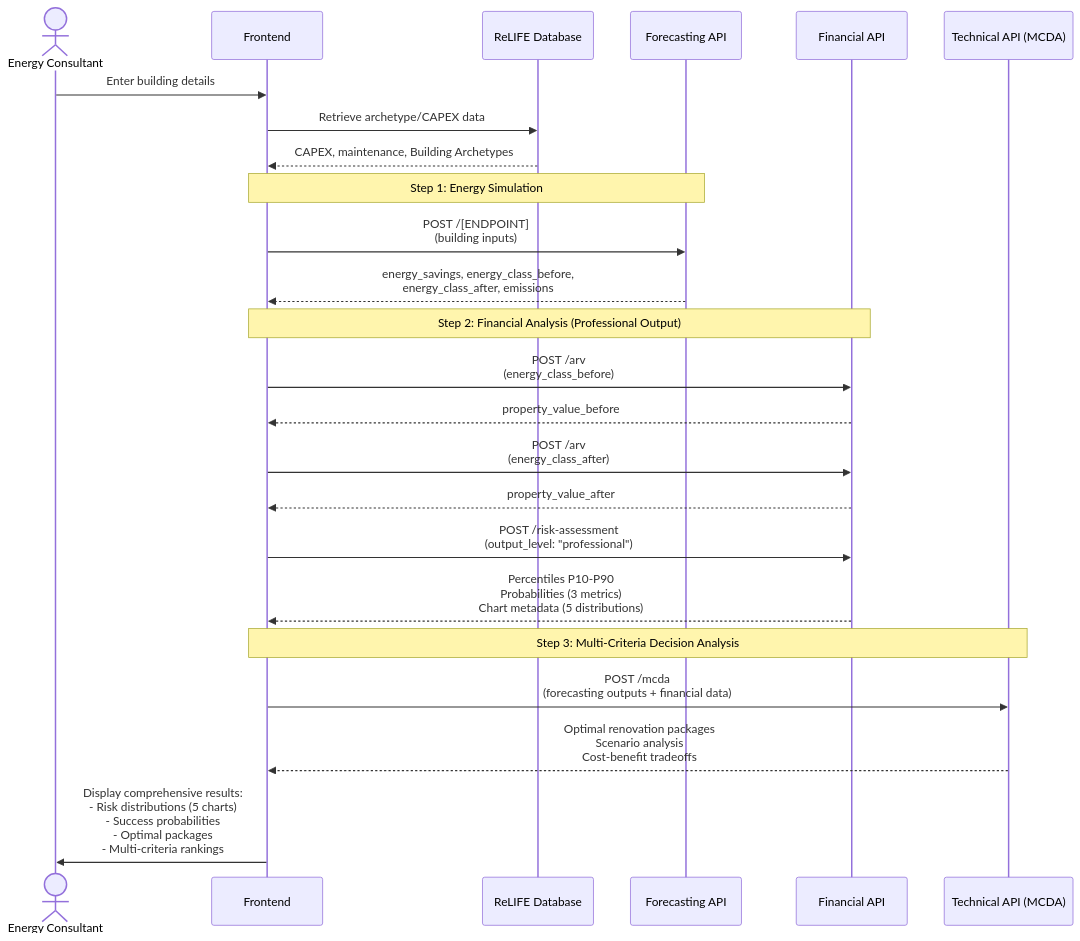
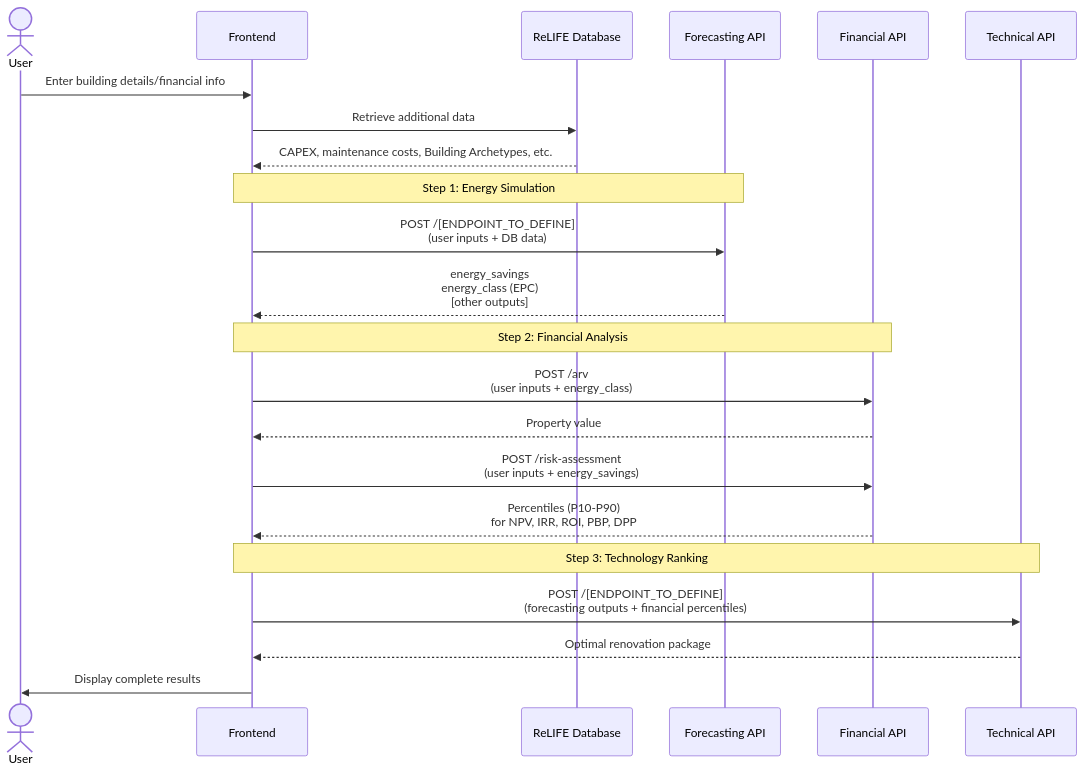
The first of 3 diagrams in flowcharts/ReLIFE_PRA_flowchart.md (ReLIFE-Project-EU/relife-financial-service), drawn with Mermaid before and after one commit. The commit also changed other lines of this file, not shown here.

Commit message:
PRA flowchart update

````diff
--- a/flowcharts/ReLIFE_PRA_flowchart.md
+++ b/flowcharts/ReLIFE_PRA_flowchart.md
@@ -39,31 +38,29 @@
 ```mermaid
 sequenceDiagram
-    actor Professional as Energy Consultant
+    actor User
     participant Frontend
     participant DB as ReLIFE Database
     participant Forecasting as Forecasting API
     participant Financial as Financial API
-    participant Technical as Technical API (MCDA)
+    participant Technical as Technical API
     
-    Professional->>Frontend: Enter building details
-    Frontend->>DB: Retrieve archetype/CAPEX data
-    DB-->>Frontend: CAPEX, maintenance, Building Archetypes
+    User->>Frontend: Enter building details/financial info
+    Frontend->>DB: Retrieve additional data
+    DB-->>Frontend: CAPEX, maintenance costs, Building Archetypes, etc.
     
     Note over Frontend,Forecasting: Step 1: Energy Simulation
-    Frontend->>Forecasting: POST /[ENDPOINT]<br/>(building inputs)
-    Forecasting-->>Frontend: energy_savings, energy_class_before,<br/>energy_class_after, emissions
+    Frontend->>Forecasting: POST /[ENDPOINT_TO_DEFINE]<br/>(user inputs + DB data)
+    Forecasting-->>Frontend: energy_savings<br/>energy_class (EPC)<br/>[other outputs]
     
-    Note over Frontend,Financial: Step 2: Financial Analysis (Professional Output)
-    Frontend->>Financial: POST /arv<br/>(energy_class_before)
-    Financial-->>Frontend: property_value_before
-    Frontend->>Financial: POST /arv<br/>(energy_class_after)
-    Financial-->>Frontend: property_value_after
-    Frontend->>Financial: POST /risk-assessment<br/>(output_level: "professional")
-    Financial-->>Frontend: Percentiles P10-P90<br/>Probabilities (3 metrics)<br/>Chart metadata (5 distributions)
+    Note over Frontend,Financial: Step 2: Financial Analysis
+    Frontend->>Financial: POST /arv<br/>(user inputs + energy_class)
+    Financial-->>Frontend: Property value
+    Frontend->>Financial: POST /risk-assessment<br/>(user inputs + energy_savings)
+    Financial-->>Frontend: Percentiles (P10-P90)<br/>for NPV, IRR, ROI, PBP, DPP
     
-    Note over Frontend,Technical: Step 3: Multi-Criteria Decision Analysis
-    Frontend->>Technical: POST /mcda<br/>(forecasting outputs + financial data)
-    Technical-->>Frontend: Optimal renovation packages<br/>Scenario analysis<br/>Cost-benefit tradeoffs
+    Note over Frontend,Technical: Step 3: Technology Ranking
+    Frontend->>Technical: POST /[ENDPOINT_TO_DEFINE]<br/>(forecasting outputs + financial percentiles)
+    Technical-->>Frontend: Optimal renovation package
     
-    Frontend->>Professional: Display comprehensive results:<br/>- Risk distributions (5 charts)<br/>- Success probabilities<br/>- Optimal packages<br/>- Multi-criteria rankings
+    Frontend->>User: Display complete results
 ```
````
